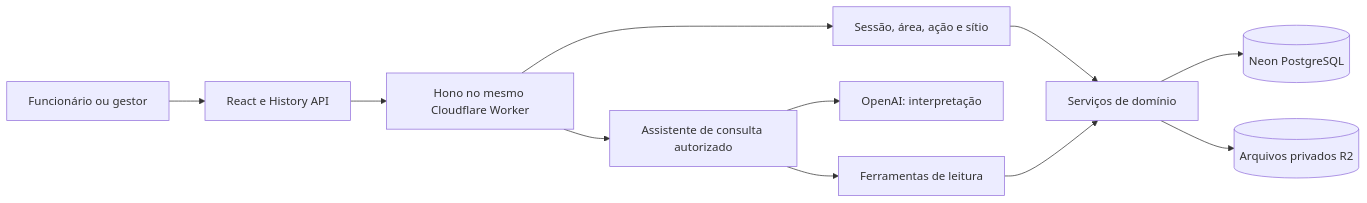
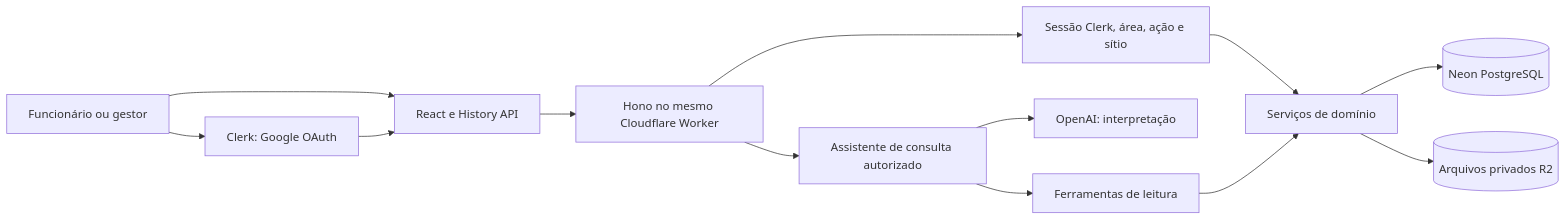
The first of 4 diagrams in docs/system-design.md (somosvira/fazendinha), drawn with Mermaid before and after one commit. The commit also changed other lines of this file and 4 other files, not shown here.

Commit message:
docs(auth): documenta acesso Google

````diff
--- a/docs/system-design.md
+++ b/docs/system-design.md
@@ -7,13 +7,15 @@
 ```mermaid
 flowchart LR
   Pessoa[Funcionário ou gestor] --> UI[React e History API]
+  Pessoa --> Clerk[Clerk: Google OAuth]
+  Clerk --> UI
   UI --> API[Hono no mesmo Cloudflare Worker]
-  API --> Auth[Sessão, área, ação e sítio]
+  API --> Auth[Sessão Clerk, área, ação e sítio]
   Auth --> Servicos[Serviços de domínio]
   Servicos --> Neon[(Neon PostgreSQL)]
   Servicos --> R2[(Arquivos privados R2)]
   API --> Assistente[Assistente de consulta autorizado]
   Assistente --> OpenAI[OpenAI: interpretação]
   Assistente --> Leitura[Ferramentas de leitura]
   Leitura --> Servicos
 ```
````
